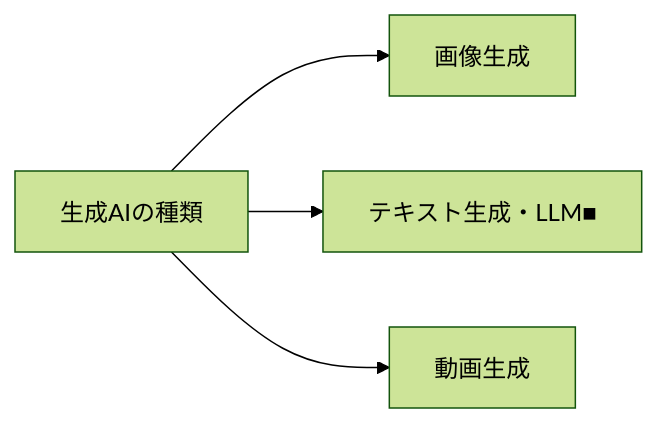
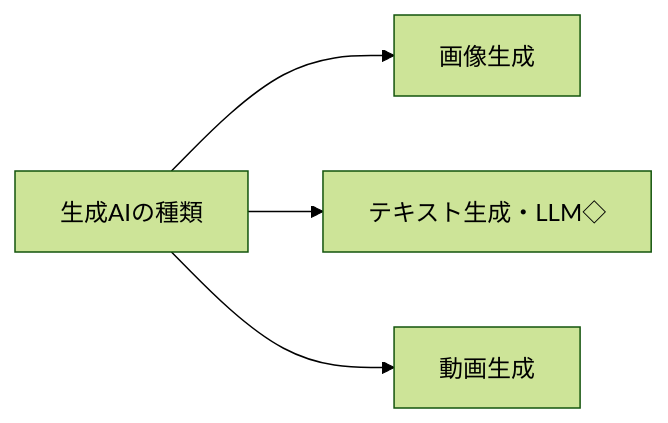
Before and after one commit to SparklingDetergent/doc_genai_Using_Generative_AI_with_Mac_Mini_-Introduction-: the sixth of 14 diagrams in README.md, drawn with Mermaid (forest theme). The commit also changed other lines of this file, not shown here.

````diff
--- a/README.md
+++ b/README.md
@@ -133,6 +133,6 @@
 ```mermaid
 graph LR
     A[生成AIの種類] --> B[画像生成]
-    A --> C[テキスト生成・LLM■]
+    A --> C[テキスト生成・LLM◇]
     A --> D[動画生成]
 ```
````
